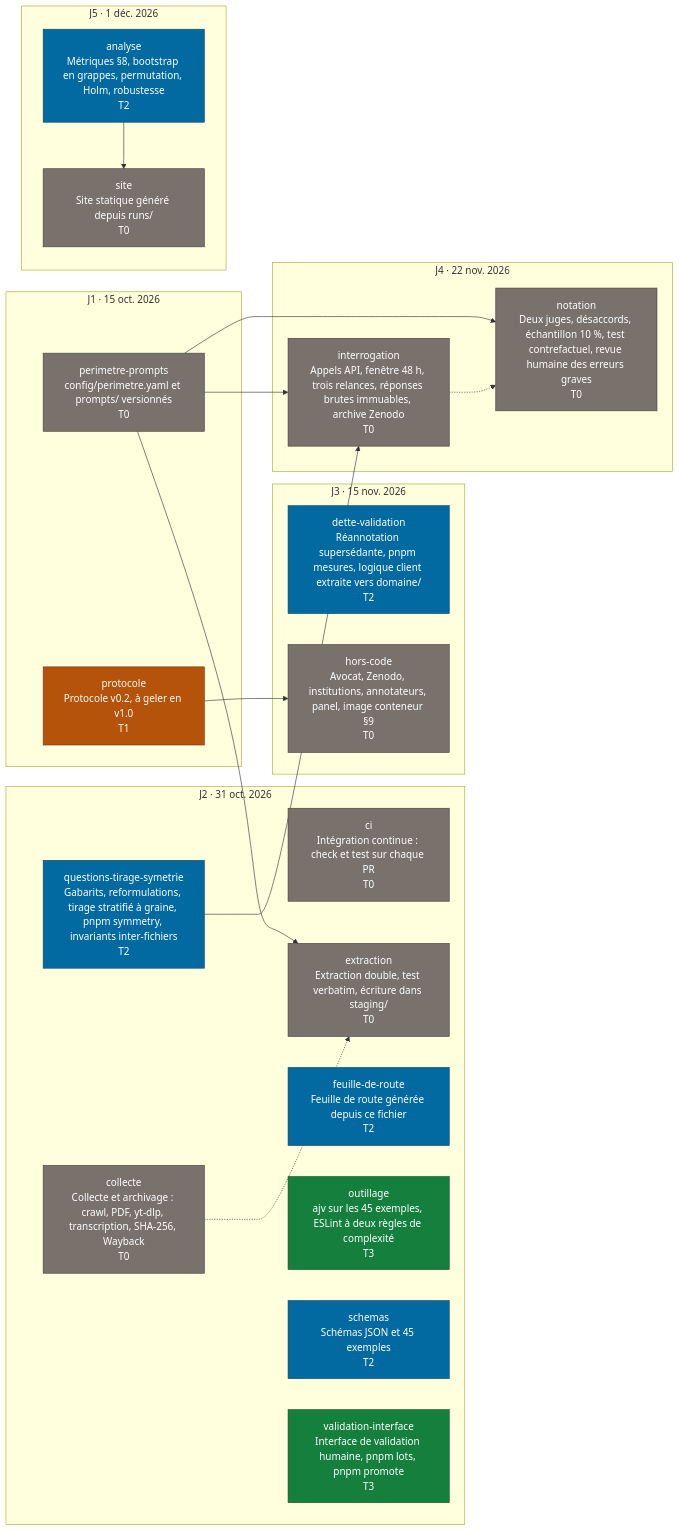
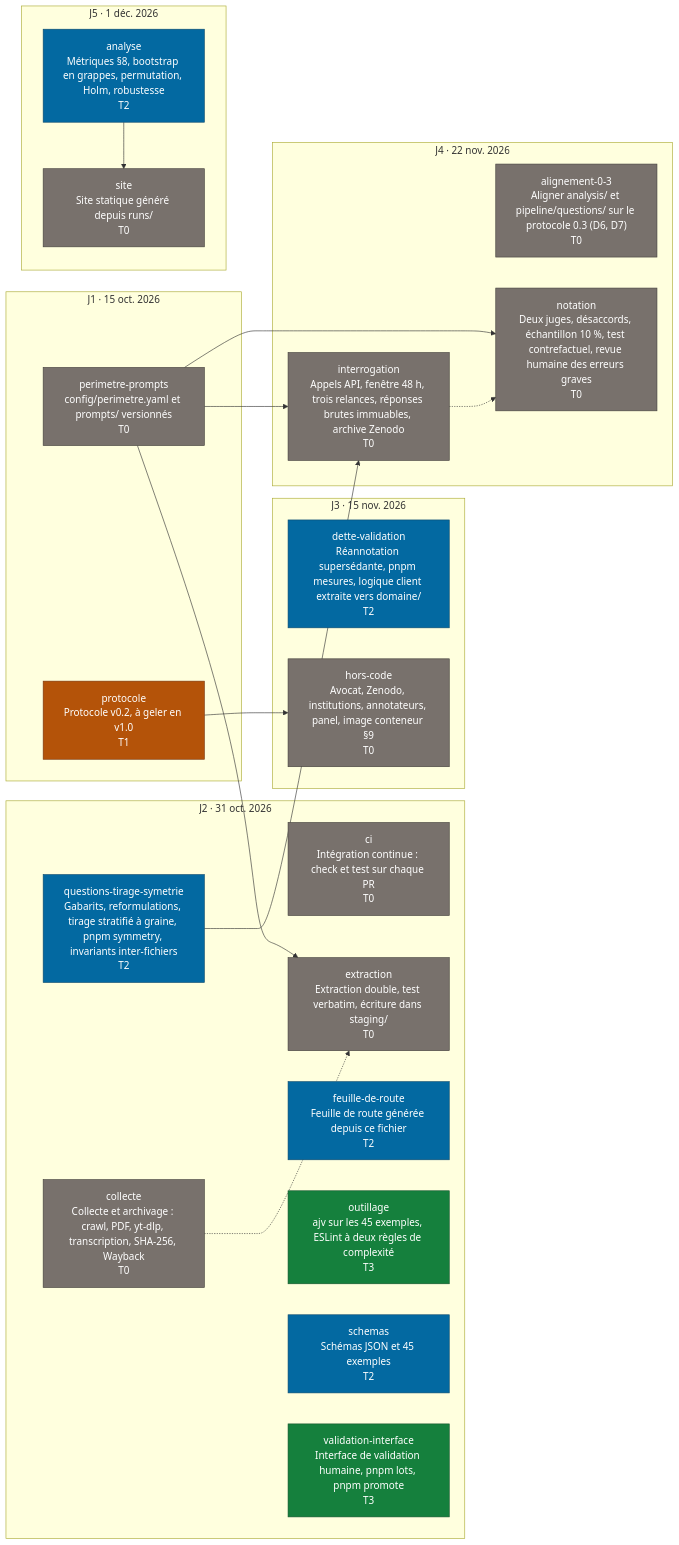
The diagram in docs/FEUILLE-DE-ROUTE.md (AzurNow/DEMOCRACIE_2027), drawn with Mermaid before and after one commit. The commit also changed other lines of this file and 2 other files, not shown here.

First line of the commit message:
docs: dette et feuille de route de la révision 0.3 du protocole

````diff
--- a/docs/FEUILLE-DE-ROUTE.md
+++ b/docs/FEUILLE-DE-ROUTE.md
@@ -47,43 +47,44 @@
 ```mermaid
 flowchart LR
   subgraph jalon_J1["J1 · 15 oct. 2026"]
     lot_perimetre_prompts["perimetre-prompts<br/>config/perimetre.yaml et prompts/ versionnés<br/>T0"]:::T0
     lot_protocole["protocole<br/>Protocole v0.2, à geler en v1.0<br/>T1"]:::T1
   end
   subgraph jalon_J2["J2 · 31 oct. 2026"]
     lot_ci["ci<br/>Intégration continue : check et test sur chaque PR<br/>T0"]:::T0
     lot_collecte["collecte<br/>Collecte et archivage : crawl, PDF, yt-dlp, transcription, SHA-256, Wayback<br/>T0"]:::T0
     lot_extraction["extraction<br/>Extraction double, test verbatim, écriture dans staging/<br/>T0"]:::T0
     lot_feuille_de_route["feuille-de-route<br/>Feuille de route générée depuis ce fichier<br/>T2"]:::T2
     lot_outillage["outillage<br/>ajv sur les 45 exemples, ESLint à deux règles de complexité<br/>T3"]:::T3
     lot_questions_tirage_symetrie["questions-tirage-symetrie<br/>Gabarits, reformulations, tirage stratifié à graine, pnpm symmetry, invariants inter-fichiers<br/>T2"]:::T2
     lot_schemas["schemas<br/>Schémas JSON et 45 exemples<br/>T2"]:::T2
     lot_validation_interface["validation-interface<br/>Interface de validation humaine, pnpm lots, pnpm promote<br/>T3"]:::T3
   end
   subgraph jalon_J3["J3 · 15 nov. 2026"]
     lot_dette_validation["dette-validation<br/>Réannotation supersédante, pnpm mesures, logique client extraite vers domaine/<br/>T2"]:::T2
     lot_hors_code["hors-code<br/>Avocat, Zenodo, institutions, annotateurs, panel, image conteneur §9<br/>T0"]:::T0
   end
   subgraph jalon_J4["J4 · 22 nov. 2026"]
+    lot_alignement_0_3["alignement-0-3<br/>Aligner analysis/ et pipeline/questions/ sur le protocole 0.3 (D6, D7)<br/>T0"]:::T0
     lot_interrogation["interrogation<br/>Appels API, fenêtre 48 h, trois relances, réponses brutes immuables, archive Zenodo<br/>T0"]:::T0
     lot_notation["notation<br/>Deux juges, désaccords, échantillon 10 %, test contrefactuel, revue humaine des erreurs graves<br/>T0"]:::T0
   end
   subgraph jalon_J5["J5 · 1 déc. 2026"]
     lot_analyse["analyse<br/>Métriques §8, bootstrap en grappes, permutation, Holm, robustesse<br/>T2"]:::T2
     lot_site["site<br/>Site statique généré depuis runs/<br/>T0"]:::T0
   end
   lot_collecte -.-> lot_extraction
   lot_perimetre_prompts --> lot_extraction
   lot_protocole --> lot_hors_code
   lot_perimetre_prompts --> lot_interrogation
   lot_questions_tirage_symetrie --> lot_interrogation
   lot_interrogation -.-> lot_notation
   lot_perimetre_prompts --> lot_notation
   lot_analyse --> lot_site
   classDef T0 fill:#78716c,color:#ffffff,stroke:#44403c
   classDef T1 fill:#b45309,color:#ffffff,stroke:#78350f
   classDef T2 fill:#0369a1,color:#ffffff,stroke:#0c4a6e
   classDef T3 fill:#15803d,color:#ffffff,stroke:#14532d
   classDef T4 fill:#1d4ed8,color:#ffffff,stroke:#1e3a8a
   classDef decision fill:#b91c1c,color:#ffffff,stroke:#7f1d1d
 ```
````
